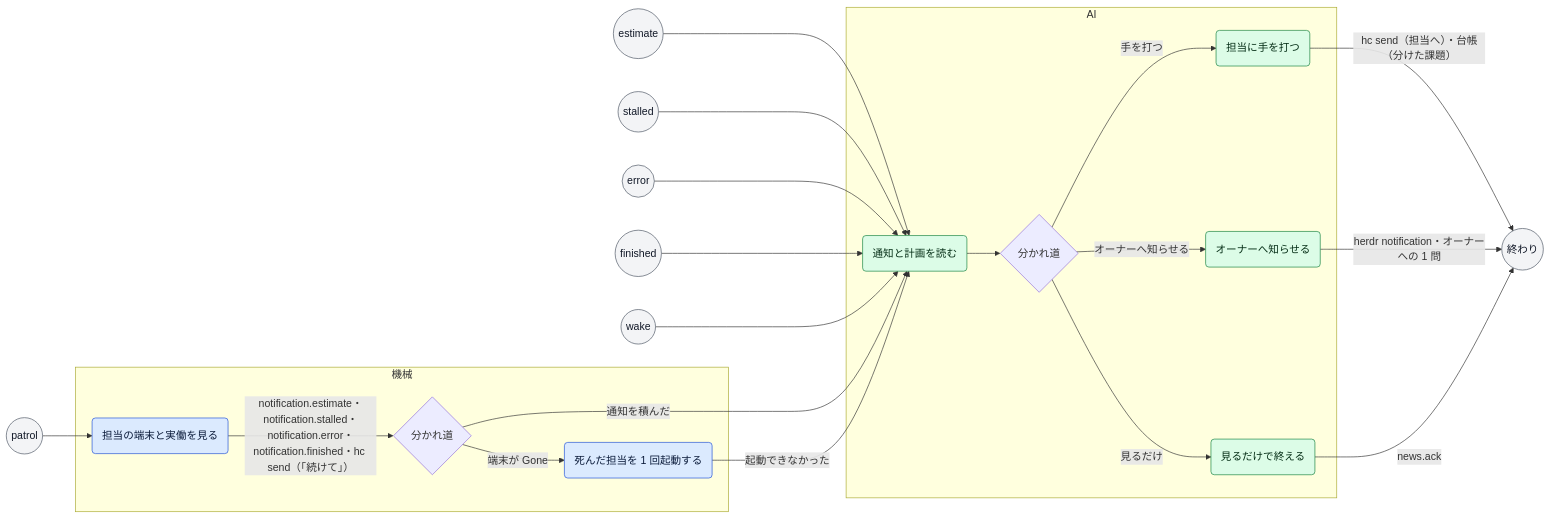
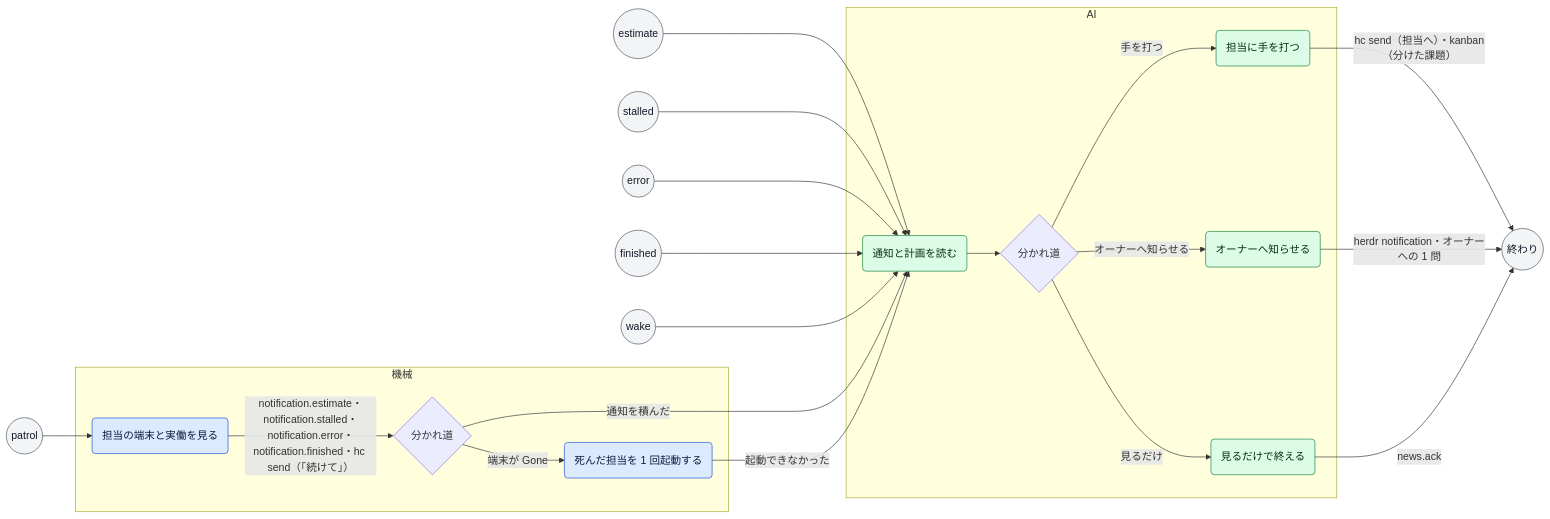
One commit to mitaku/andon changed the diagram in docs/process/watch.md. Above: the diagram before and after it, drawn with Mermaid. The commit also changed other lines of this file and 46 other files, not shown here.

````diff
--- a/docs/process/watch.md
+++ b/docs/process/watch.md
@@ -20,43 +20,43 @@
 ```mermaid
 flowchart LR
   classDef machine fill:#dbeafe,stroke:#1d4ed8,color:#0b1b3a
   classDef ai fill:#dcfce7,stroke:#15803d,color:#052e16
   classDef person fill:#fef3c7,stroke:#b45309,color:#3b1d02
   classDef event fill:#f3f4f6,stroke:#4b5563,color:#111827
   t_patrol(("patrol")):::event
   t_estimate(("estimate")):::event
   t_stalled(("stalled")):::event
   t_error(("error")):::event
   t_finished(("finished")):::event
   t_wake(("wake")):::event
   subgraph lane_machine["機械"]
     s_look("担当の端末と実働を見る"):::machine
     g_look{"分かれ道"}
     s_resume("死んだ担当を 1 回起動する"):::machine
   end
   subgraph lane_ai["AI"]
     s_read("通知と計画を読む"):::ai
     g_read{"分かれ道"}
     s_act("担当に手を打つ"):::ai
     s_tell("オーナーへ知らせる"):::ai
     s_done("見るだけで終える"):::ai
   end
   t_patrol --> s_look
   t_estimate --> s_read
   t_stalled --> s_read
   t_error --> s_read
   t_finished --> s_read
   t_wake --> s_read
   s_look -->|"notification.estimate・notification.stalled・notification.error・notification.finished・hc send（「続けて」）"| g_look
   g_look -->|"端末が Gone"| s_resume
   g_look -->|"通知を積んだ"| s_read
   s_resume -->|"起動できなかった"| s_read
   s_read --> g_read
   g_read -->|"手を打つ"| s_act
   g_read -->|"オーナーへ知らせる"| s_tell
   g_read -->|"見るだけ"| s_done
-  s_act -->|"hc send（担当へ）・台帳（分けた課題）"| fin
+  s_act -->|"hc send（担当へ）・kanban（分けた課題）"| fin
   s_tell -->|"herdr notification・オーナーへの 1 問"| fin
   s_done -->|"news.ack"| fin
   fin(("終わり")):::event
 ```
````
